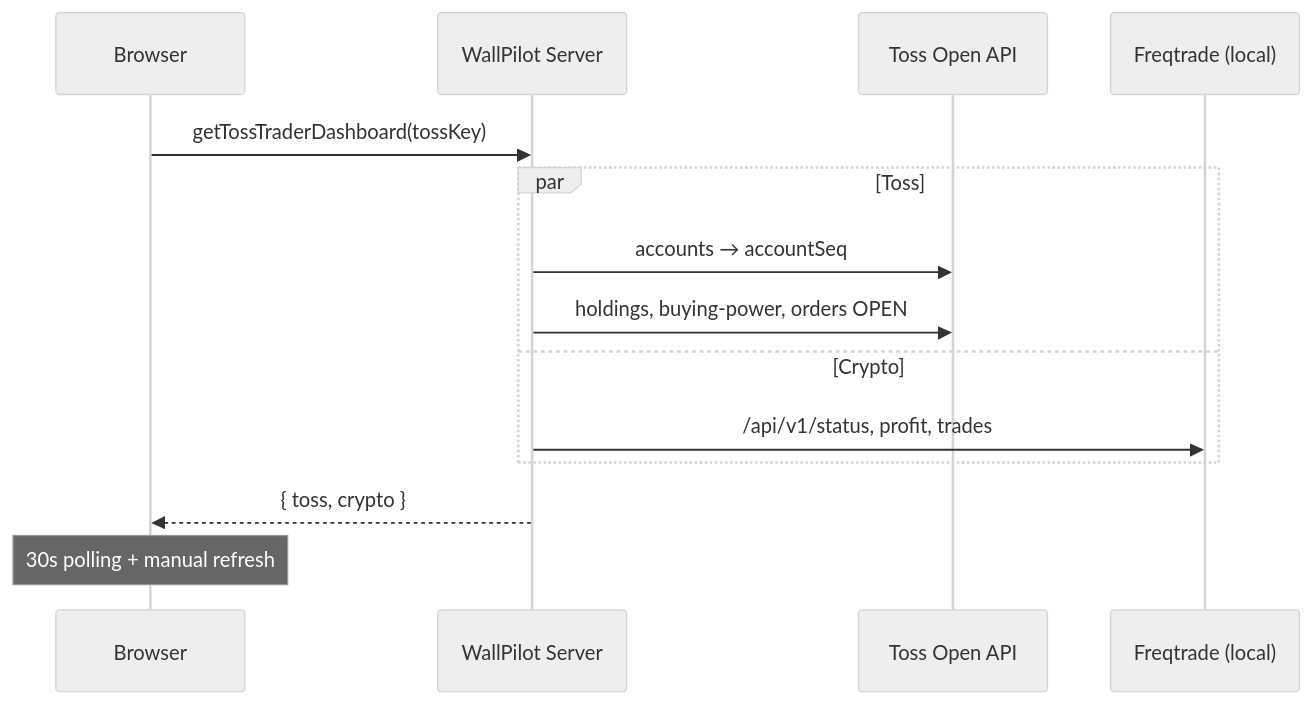
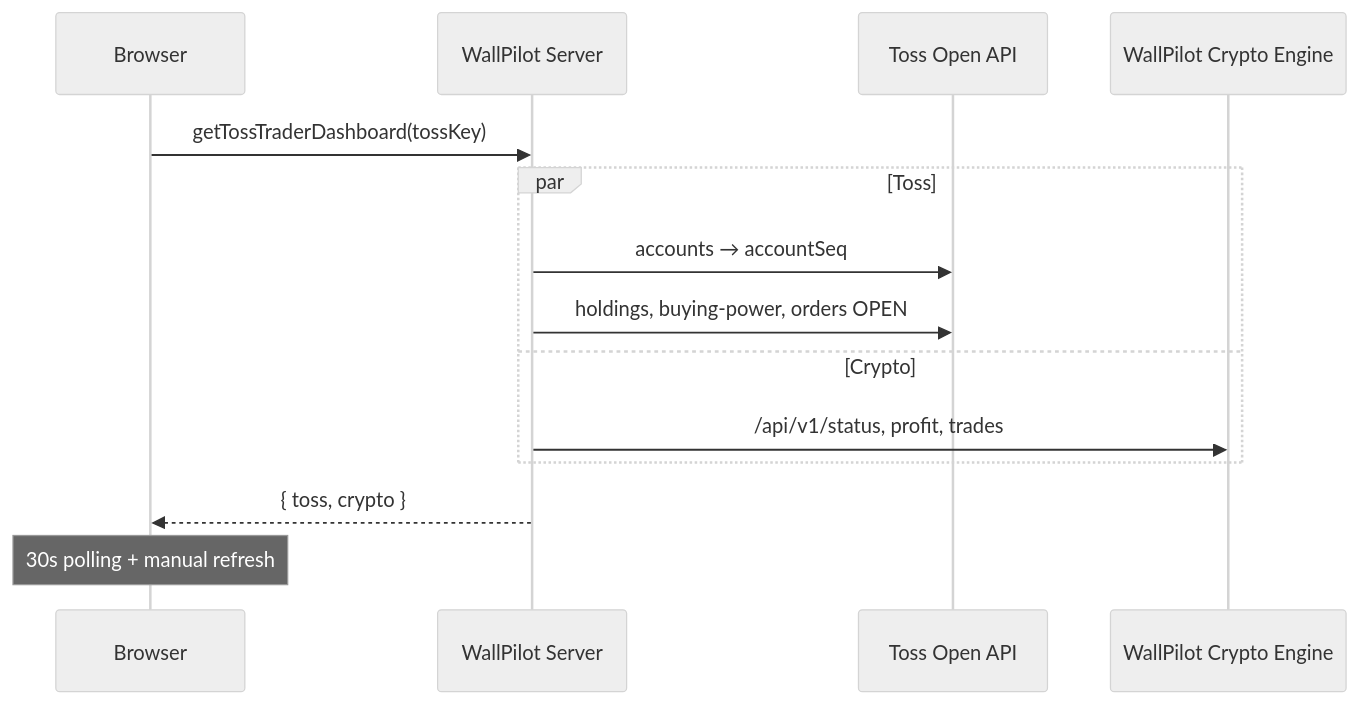
The diagram in docs/TOSS_TRADER_DASHBOARD.md (shinkang888-code/wallpilotpro), drawn with Mermaid (neutral theme) before and after one commit. The commit also changed other lines of this file and 186 other files, not shown here.

````diff
--- a/docs/TOSS_TRADER_DASHBOARD.md
+++ b/docs/TOSS_TRADER_DASHBOARD.md
@@ -81,17 +81,17 @@
 ```mermaid
 sequenceDiagram
   participant U as Browser
   participant WP as WallPilot Server
   participant T as Toss Open API
-  participant F as Freqtrade (local)
+  participant F as WallPilot Crypto Engine
 
   U->>WP: getTossTraderDashboard(tossKey)
   par Toss
     WP->>T: accounts → accountSeq
     WP->>T: holdings, buying-power, orders OPEN
   and Crypto
     WP->>F: /api/v1/status, profit, trades
   end
   WP-->>U: { toss, crypto }
   Note over U: 30s polling + manual refresh
 ```
````
